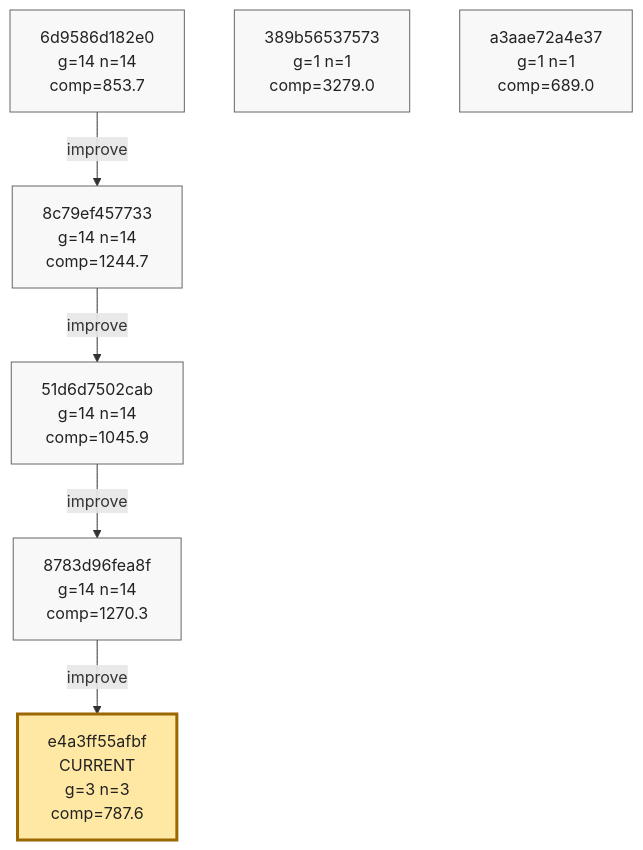
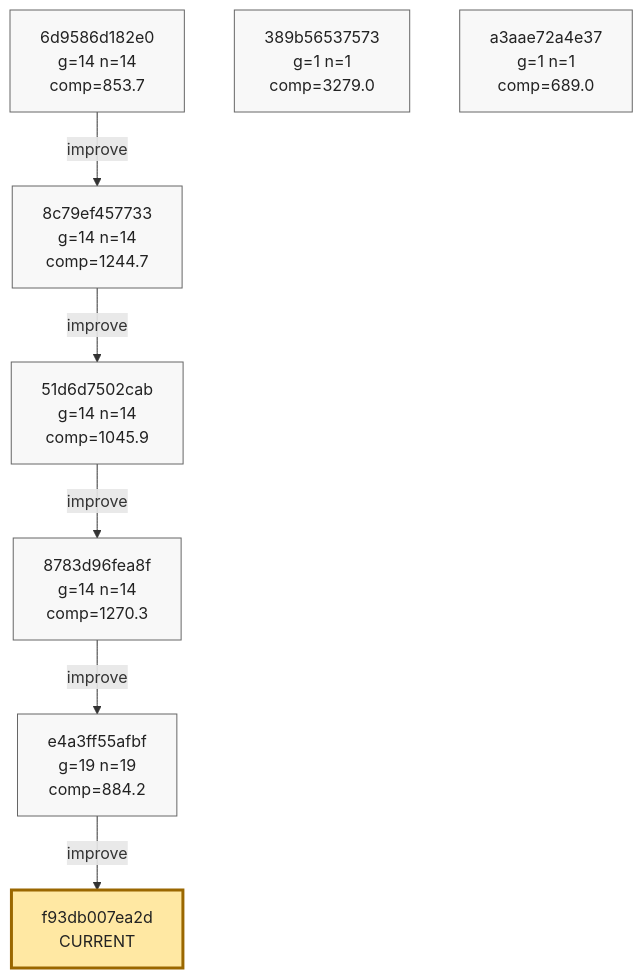
Before and after one commit to azumag/soviet_now: the eighth of 8 diagrams in phyrogenetic-tree.md, drawn with Mermaid. The commit also changed other lines of this file and 2 other files, not shown here.

Commit message:
eloop Improve after 12 games (scores: 916 854 586 1039 740 2711 2010 1661 667 1311 597 921)

````diff
--- a/phyrogenetic-tree.md
+++ b/phyrogenetic-tree.md
@@ -1942,28 +1942,31 @@
 ```mermaid
 flowchart TD
     h_6d9586d182e0["6d9586d182e0<br/>g=14 n=14<br/>comp=853.7"]
     h_8c79ef457733["8c79ef457733<br/>g=14 n=14<br/>comp=1244.7"]
     h_51d6d7502cab["51d6d7502cab<br/>g=14 n=14<br/>comp=1045.9"]
     h_8783d96fea8f["8783d96fea8f<br/>g=14 n=14<br/>comp=1270.3"]
-    h_e4a3ff55afbf["e4a3ff55afbf<br/>CURRENT<br/>g=3 n=3<br/>comp=787.6"]
+    h_e4a3ff55afbf["e4a3ff55afbf<br/>g=19 n=19<br/>comp=884.2"]
     h_389b56537573["389b56537573<br/>g=1 n=1<br/>comp=3279.0"]
     h_a3aae72a4e37["a3aae72a4e37<br/>g=1 n=1<br/>comp=689.0"]
+    h_f93db007ea2d["f93db007ea2d<br/>CURRENT"]
 
     h_6d9586d182e0 -->|improve| h_8c79ef457733
     h_8c79ef457733 -->|improve| h_51d6d7502cab
     h_51d6d7502cab -->|improve| h_8783d96fea8f
     h_8783d96fea8f -->|improve| h_e4a3ff55afbf
+    h_e4a3ff55afbf -->|improve| h_f93db007ea2d
 
     classDef plain fill:#f8f8f8,stroke:#666,stroke-width:1px,color:#222;
     classDef current fill:#ffe8a3,stroke:#9a6700,stroke-width:3px,color:#222;
     classDef anchor fill:#d7f5dd,stroke:#1f6f43,stroke-width:3px,color:#222;
     classDef current_anchor fill:#f3e4a8,stroke:#1f6f43,stroke-width:4px,color:#222;
 
     class h_6d9586d182e0 plain;
     class h_8c79ef457733 plain;
     class h_51d6d7502cab plain;
     class h_8783d96fea8f plain;
-    class h_e4a3ff55afbf current;
+    class h_e4a3ff55afbf plain;
     class h_389b56537573 plain;
     class h_a3aae72a4e37 plain;
+    class h_f93db007ea2d current;
 ```
````
